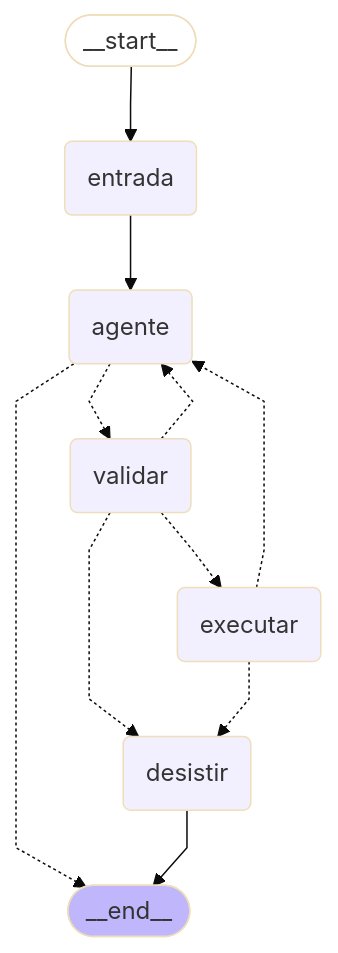
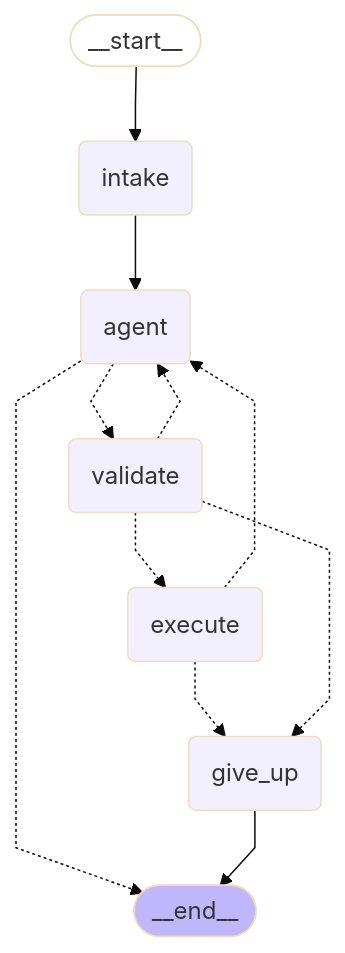
Before and after one commit to thiagoCardoso13/Project_AI_Agent: the diagram in docs/graph.mmd, drawn with Mermaid (base theme). The commit also changed 10 other files, not shown here.

Commit message:
Translate code, prompts, UI and diagram to English

```diff
--- a/docs/graph.mmd
+++ b/docs/graph.mmd
@@ -1,26 +1,26 @@
 ---
 config:
   flowchart:
     curve: linear
 ---
 graph TD;
 	__start__([<p>__start__</p>]):::first
-	entrada(entrada)
-	agente(agente)
-	validar(validar)
-	executar(executar)
-	desistir(desistir)
+	intake(intake)
+	agent(agent)
+	validate(validate)
+	execute(execute)
+	give_up(give_up)
 	__end__([<p>__end__</p>]):::last
-	__start__ --> entrada;
-	agente -.-> __end__;
-	agente -.-> validar;
-	entrada --> agente;
-	executar -.-> agente;
-	executar -.-> desistir;
-	validar -.-> agente;
-	validar -.-> desistir;
-	validar -.-> executar;
-	desistir --> __end__;
+	__start__ --> intake;
+	agent -.-> __end__;
+	agent -.-> validate;
+	execute -.-> agent;
+	execute -.-> give_up;
+	intake --> agent;
+	validate -.-> agent;
+	validate -.-> execute;
+	validate -.-> give_up;
+	give_up --> __end__;
 	classDef default fill:#f2f0ff,line-height:1.2
 	classDef first fill-opacity:0
 	classDef last fill:#bfb6fc
```
